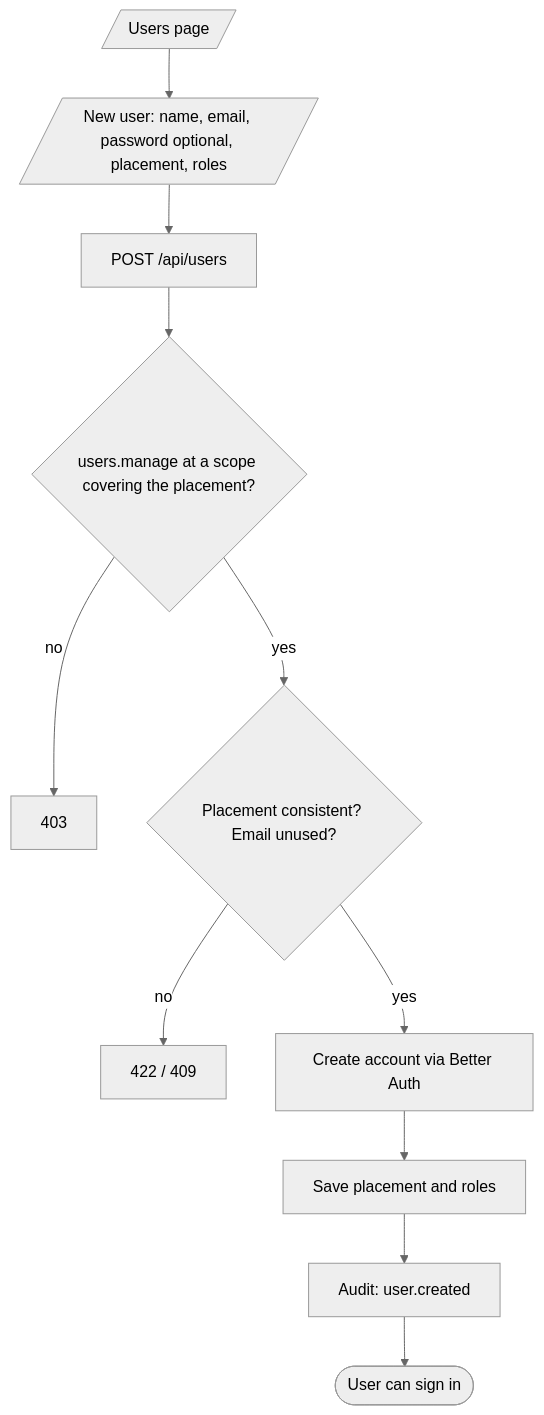
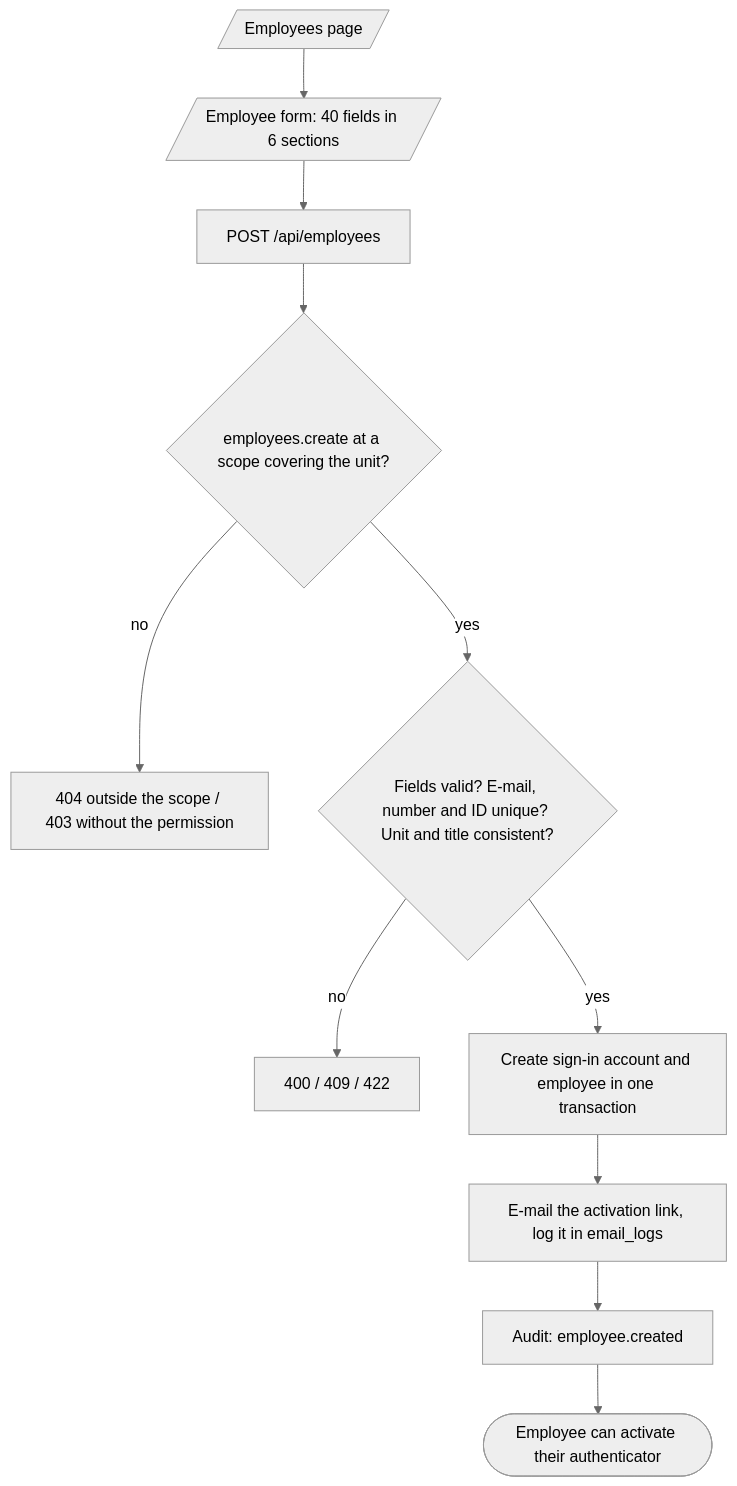
The third of 11 diagrams in README.md (Arweqah-Company/arweqah_platform), drawn with Mermaid (neutral theme) before and after one commit. The commit also changed other lines of this file and 420 other files, not shown here.

First line of the commit message:
feat: passwordless auth, organization, employees, lists with export/import, new interface

````diff
--- a/README.md
+++ b/README.md
@@ -223,10 +281,10 @@
 ```mermaid
 flowchart TD
-  open[/Users page/] --> form[/New user: name, email, password optional, placement, roles/]
-  form --> post[POST /api/users]
-  post --> perm{users.manage at a scope covering the placement?}
-  perm -- no --> e403[403]
-  perm -- yes --> valid{Placement consistent? Email unused?}
-  valid -- no --> e4xx[422 / 409]
-  valid -- yes --> create[Create account via Better Auth] --> place[Save placement and roles] --> audit[Audit: user.created] --> done([User can sign in])
+  open[/Employees page/] --> form[/Employee form: 40 fields in 6 sections/]
+  form --> post[POST /api/employees]
+  post --> perm{employees.create at a scope covering the unit?}
+  perm -- no --> e404[404 outside the scope / 403 without the permission]
+  perm -- yes --> valid{Fields valid? E-mail, number and ID unique? Unit and title consistent?}
+  valid -- no --> e4xx[400 / 409 / 422]
+  valid -- yes --> create[Create sign-in account and employee in one transaction] --> invite[E-mail the activation link, log it in email_logs] --> audit[Audit: employee.created] --> done([Employee can activate their authenticator])
 ```
````
